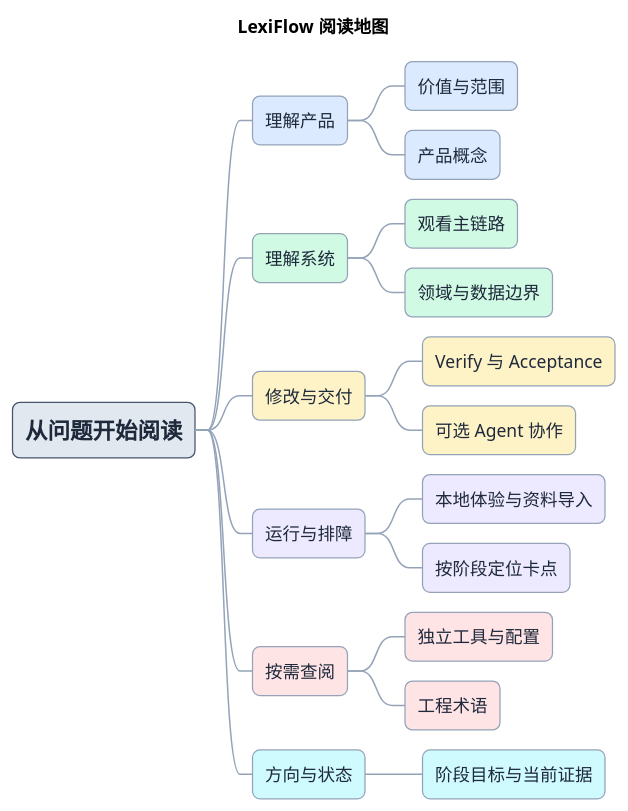
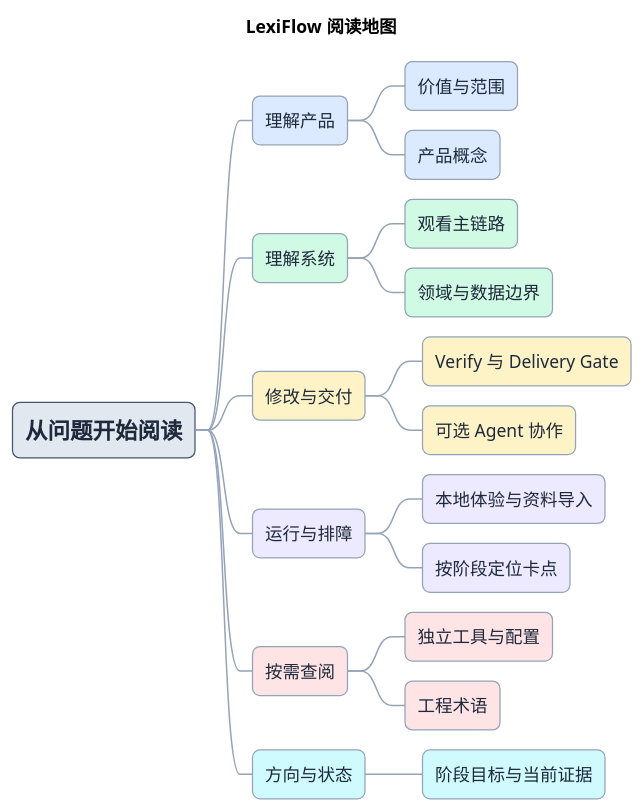
Before and after one commit to iampkuhz/lexiflow: the diagram in docs/README.md, drawn with PlantUML. The commit also changed other lines of this file and 19 other files, not shown here.

Commit message:
docs: align local operations and delivery gate terminology

````diff
--- a/docs/README.md
+++ b/docs/README.md
@@ -7,49 +7,49 @@
 ```plantuml
 @startmindmap
 skinparam backgroundColor #FFFFFF
 skinparam shadowing false
 <style>
 mindmapDiagram {
   node {
     FontColor #1E293B
     FontSize 14
     LineColor #94A3B8
     LineThickness 1
     RoundCorner 12
     Padding 10
     Margin 8
     MaximumWidth 180
   }
   rootNode {
     FontSize 18
     FontStyle bold
     LineColor #475569
   }
   arrow {
     LineColor #94A3B8
     LineThickness 1.2
   }
 }
 </style>
 title LexiFlow 阅读地图
 
 +[#E2E8F0] 从问题开始阅读
 ++[#DBEAFE] 理解产品
 +++[#DBEAFE] 价值与范围
 +++[#DBEAFE] 产品概念
 ++[#D1FAE5] 理解系统
 +++[#D1FAE5] 观看主链路
 +++[#D1FAE5] 领域与数据边界
 ++[#FEF3C7] 修改与交付
-+++[#FEF3C7] Verify 与 Acceptance
++++[#FEF3C7] Verify 与 Delivery Gate
 +++[#FEF3C7] 可选 Agent 协作
 ++[#EDE9FE] 运行与排障
 +++[#EDE9FE] 本地体验与资料导入
 +++[#EDE9FE] 按阶段定位卡点
 ++[#FFE4E6] 按需查阅
 +++[#FFE4E6] 独立工具与配置
 +++[#FFE4E6] 工程术语
 ++[#CFFAFE] 方向与状态
 +++[#CFFAFE] 阶段目标与当前证据
 @endmindmap
 ```
````
